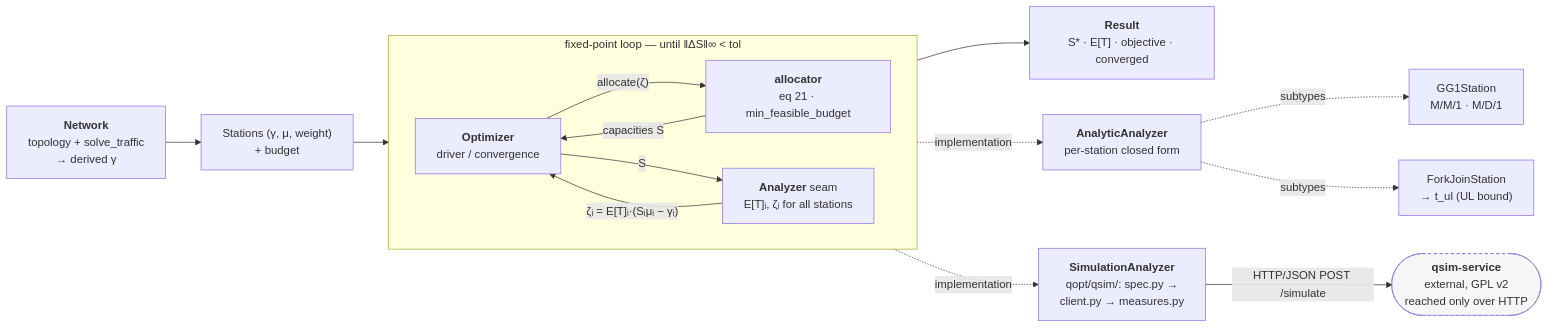
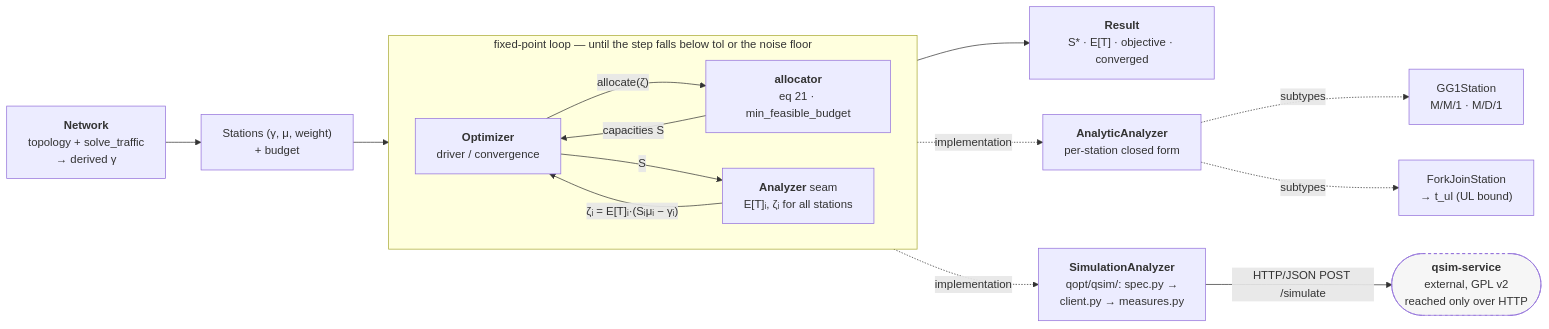
One commit to atantawi/quantum-optimizer changed the diagram in README.md. Above: the diagram before and after it, drawn with Mermaid. The commit also changed other lines of this file and 16 other files, not shown here.

````diff
--- a/README.md
+++ b/README.md
@@ -25,26 +25,26 @@
 ```mermaid
 flowchart LR
     NET["<b>Network</b><br/>topology + solve_traffic<br/>→ derived γ"] --> IN
     IN["Stations (γ, μ, weight)<br/>+ budget"] --> OPT
 
-    subgraph LOOP["fixed-point loop — until ‖ΔS‖∞ &lt; tol"]
+    subgraph LOOP["fixed-point loop — until the step falls below tol or the noise floor"]
         direction LR
         OPT["<b>Optimizer</b><br/>driver / convergence"]
         ALLOC["<b>allocator</b><br/>eq 21 · min_feasible_budget"]
         AN["<b>Analyzer</b> seam<br/>E[T]ᵢ, ζᵢ for all stations"]
         OPT -- "allocate(ζ)" --> ALLOC
         ALLOC -- "capacities S" --> OPT
         OPT -- "S" --> AN
         AN -- "ζᵢ = E[T]ᵢ·(Sᵢμᵢ − γᵢ)" --> OPT
     end
 
     OPT --> RES["<b>Result</b><br/>S* · E[T] · objective · converged"]
 
     AN -. implementation .-> ANLY["<b>AnalyticAnalyzer</b><br/>per-station closed form"]
     ANLY -. subtypes .-> GG1["GG1Station<br/>M/M/1 · M/D/1"]
     ANLY -. subtypes .-> FJ["ForkJoinStation<br/>→ t_ul (UL bound)"]
     AN -. implementation .-> SIM["<b>SimulationAnalyzer</b><br/>qopt/qsim/: spec.py →<br/>client.py → measures.py"]
     SIM -- "HTTP/JSON POST /simulate" --> QSIM(["<b>qsim-service</b><br/>external, GPL v2<br/>reached only over HTTP"]):::external
 
     classDef external stroke-dasharray: 4 4,fill:#f6f6f6;
 ```
````
